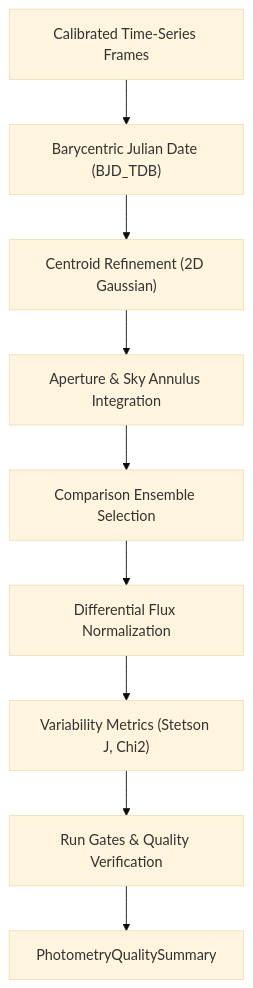
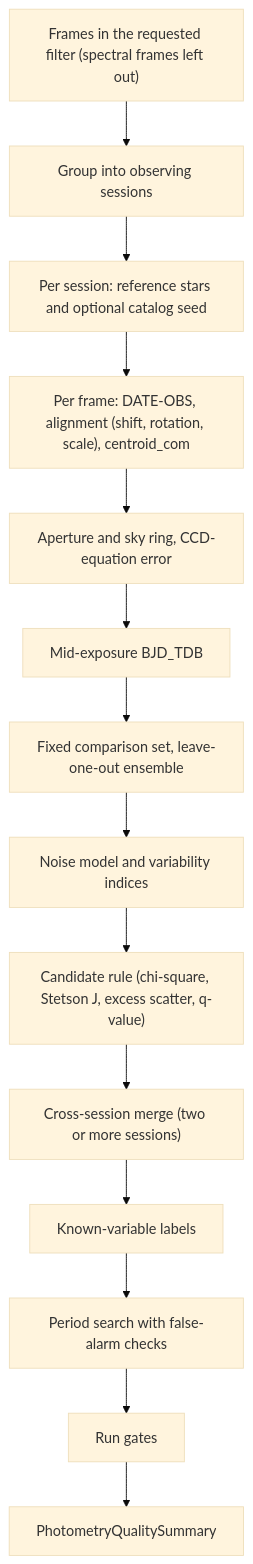
The diagram in documentation/library_design/pipelines/photometry.md (m1chae2/astrometrics), drawn with Mermaid (base theme) before and after one commit. The commit also changed other lines of this file and 38 other files, not shown here.

````diff
--- a/documentation/library_design/pipelines/photometry.md
+++ b/documentation/library_design/pipelines/photometry.md
@@ -20,11 +19,16 @@
 ```mermaid
 flowchart TD
-    A["Calibrated Time-Series Frames"] --> B["Barycentric Julian Date (BJD_TDB)"]
-    B --> C["Centroid Refinement (2D Gaussian)"]
-    C --> D["Aperture & Sky Annulus Integration"]
-    D --> E["Comparison Ensemble Selection"]
-    E --> F["Differential Flux Normalization"]
-    F --> G["Variability Metrics (Stetson J, Chi2)"]
-    G --> H["Run Gates & Quality Verification"]
-    H --> I["PhotometryQualitySummary"]
+    A["Frames in the requested filter (spectral frames left out)"] --> B["Group into observing sessions"]
+    B --> C["Per session: reference stars and optional catalog seed"]
+    C --> D["Per frame: DATE-OBS, alignment (shift, rotation, scale), centroid_com"]
+    D --> E["Aperture and sky ring, CCD-equation error"]
+    E --> F["Mid-exposure BJD_TDB"]
+    F --> G["Fixed comparison set, leave-one-out ensemble"]
+    G --> H["Noise model and variability indices"]
+    H --> I["Candidate rule (chi-square, Stetson J, excess scatter, q-value)"]
+    I --> J["Cross-session merge (two or more sessions)"]
+    J --> K["Known-variable labels"]
+    K --> L["Period search with false-alarm checks"]
+    L --> M["Run gates"]
+    M --> N["PhotometryQualitySummary"]
 ```
````
